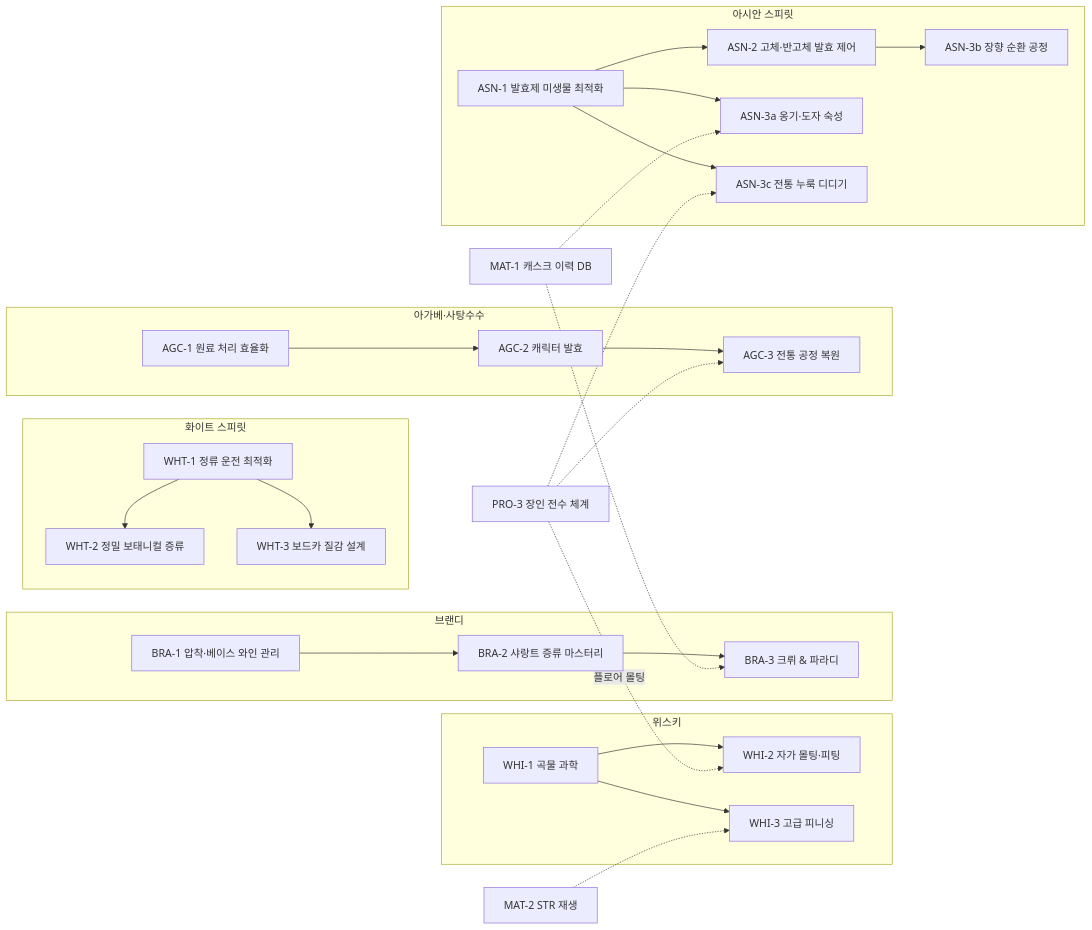
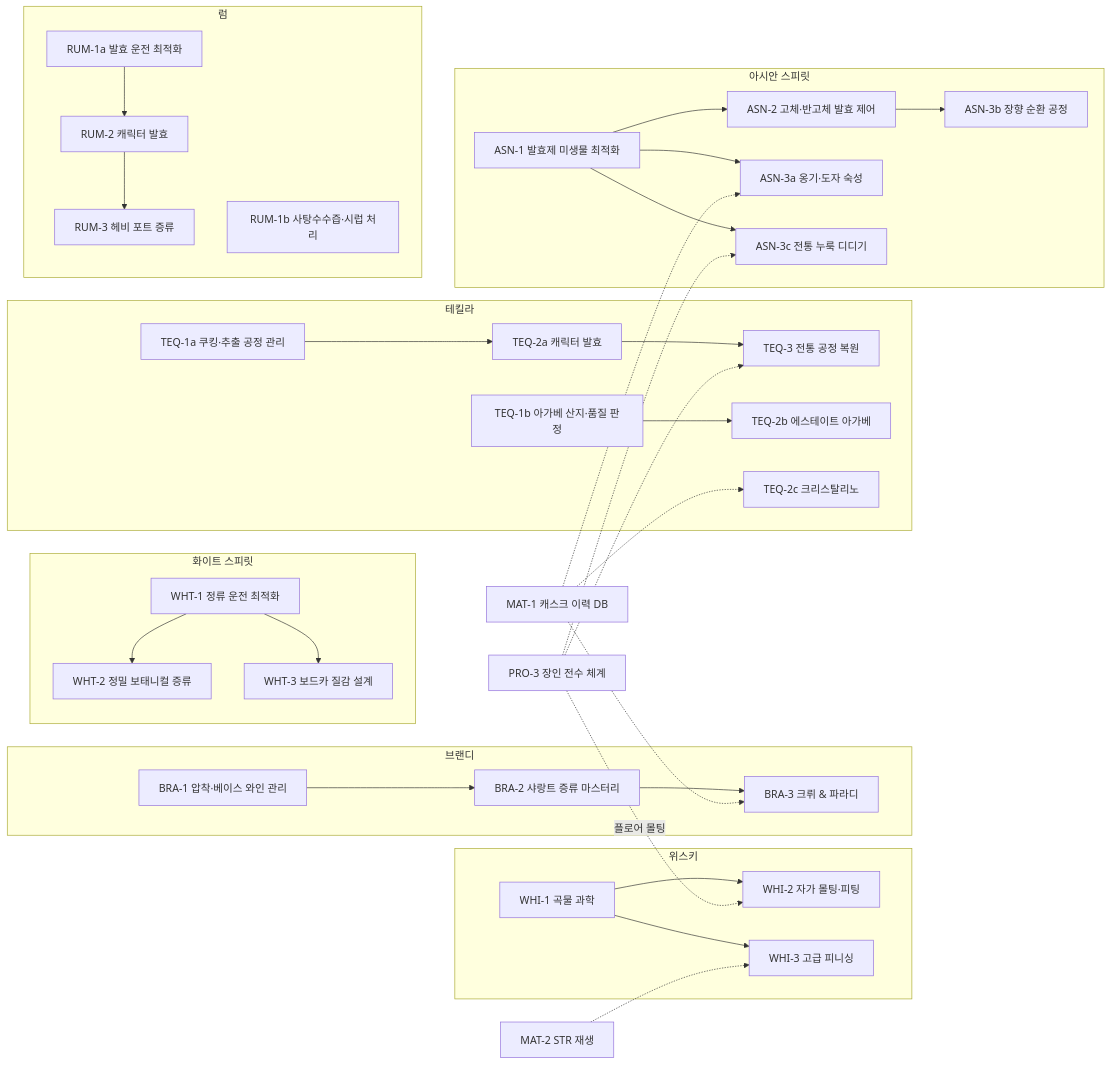
One commit to ciosryu/distillery changed the second of 2 diagrams in docs/design/tech-tree.md. Above: the diagram before and after it, drawn with Mermaid. The commit also changed other lines of this file and 2 other files, not shown here.

First line of the commit message:
Tech tree v0.2: confirm research model, split tequila and rum

````diff
--- a/docs/design/tech-tree.md
+++ b/docs/design/tech-tree.md
@@ -198,32 +207,39 @@
 ```mermaid
 flowchart LR
   PRO3["PRO-3 장인 전수 체계"]
   MAT1["MAT-1 캐스크 이력 DB"]
   MAT2["MAT-2 STR 재생"]
   subgraph WHI["위스키"]
     WHI1["WHI-1 곡물 과학"] --> WHI2["WHI-2 자가 몰팅·피팅"]
     WHI1 --> WHI3["WHI-3 고급 피니싱"]
   end
   subgraph WHT["화이트 스피릿"]
     WHT1["WHT-1 정류 운전 최적화"] --> WHT2["WHT-2 정밀 보태니컬 증류"]
     WHT1 --> WHT3["WHT-3 보드카 질감 설계"]
   end
   subgraph BRA["브랜디"]
     BRA1["BRA-1 압착·베이스 와인 관리"] --> BRA2["BRA-2 샤랑트 증류 마스터리"] --> BRA3["BRA-3 크뤼 & 파라디"]
   end
-  subgraph AGC["아가베·사탕수수"]
-    AGC1["AGC-1 원료 처리 효율화"] --> AGC2["AGC-2 캐릭터 발효"] --> AGC3["AGC-3 전통 공정 복원"]
+  subgraph TEQ["테킬라"]
+    TEQ1a["TEQ-1a 쿠킹·추출 공정 관리"] --> TEQ2a["TEQ-2a 캐릭터 발효"] --> TEQ3["TEQ-3 전통 공정 복원"]
+    TEQ1b["TEQ-1b 아가베 산지·품질 판정"] --> TEQ2b["TEQ-2b 에스테이트 아가베"]
+    TEQ2c["TEQ-2c 크리스탈리노"]
+  end
+  subgraph RUM["럼"]
+    RUM1a["RUM-1a 발효 운전 최적화"] --> RUM2["RUM-2 캐릭터 발효"] --> RUM3["RUM-3 헤비 포트 증류"]
+    RUM1b["RUM-1b 사탕수수즙·시럽 처리"]
   end
   subgraph ASN["아시안 스피릿"]
     ASN1["ASN-1 발효제 미생물 최적화"] --> ASN2["ASN-2 고체·반고체 발효 제어"]
     ASN1 --> ASN3a["ASN-3a 옹기·도자 숙성"]
     ASN2 --> ASN3b["ASN-3b 장향 순환 공정"]
     ASN1 --> ASN3c["ASN-3c 전통 누룩 디디기"]
   end
   PRO3 -.->|플로어 몰팅| WHI2
-  PRO3 -.-> AGC3
+  PRO3 -.-> TEQ3
   PRO3 -.-> ASN3c
   MAT2 -.-> WHI3
   MAT1 -.-> BRA3
+  MAT1 -.-> TEQ2c
   MAT1 -.-> ASN3a
 ```
````
